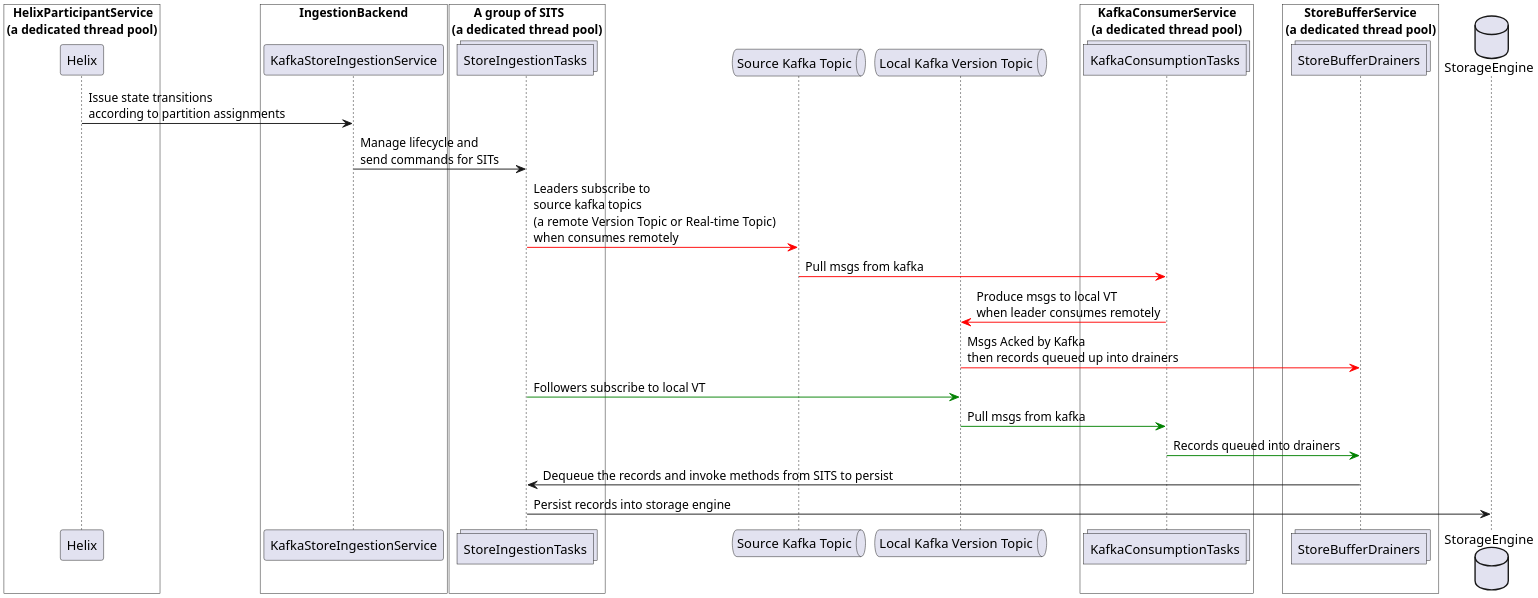
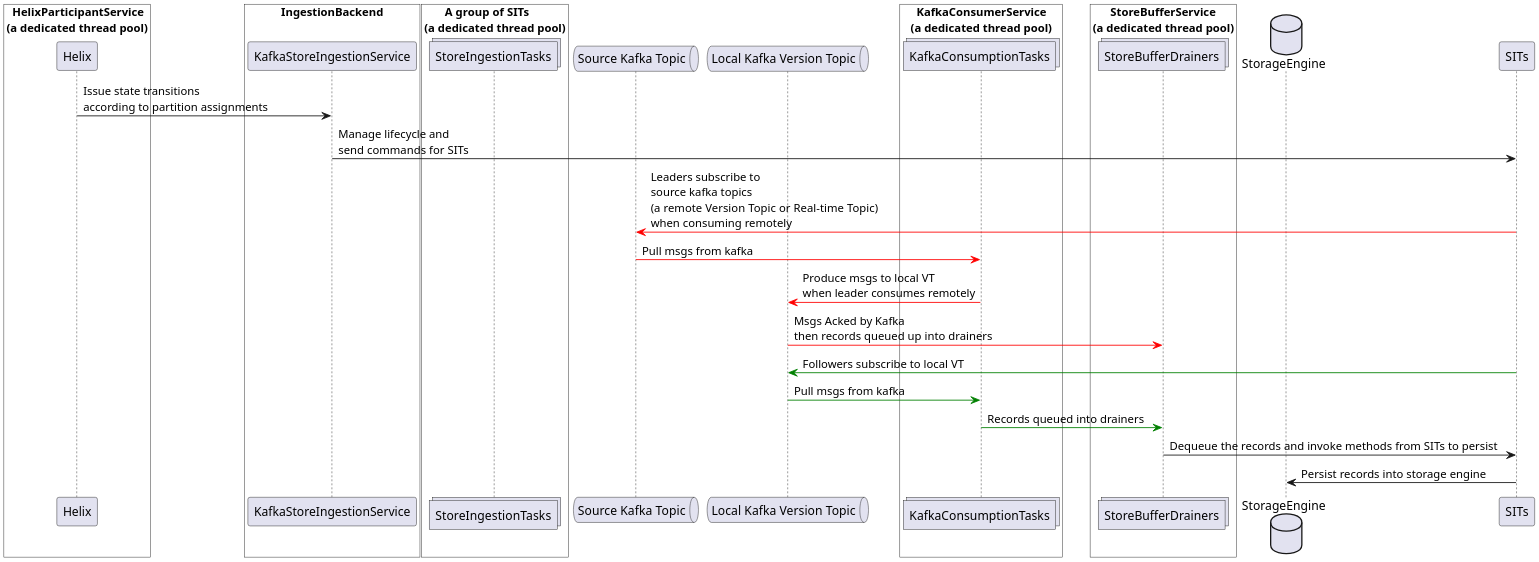
One commit to linkedin/venice changed the diagram in docs/assets/uml/server_ingestion.puml. Above: the diagram before and after it, drawn with PlantUML. The commit also changed 5 other files, not shown here.

```diff
--- a/docs/assets/uml/server_ingestion.puml
+++ b/docs/assets/uml/server_ingestion.puml
@@ -1,46 +1,46 @@
 @startuml
 
 ' ### Description
 ' This diagram describes how the store ingestion task is created and
 ' and how the status signal is consumed by other components
 
 scale 3840*2160
 
 box "  HelixParticipantService\n(a dedicated thread pool)" #White
 participant Helix as helix
 end box
 box "IngestionBackend"#White
 participant KafkaStoreIngestionService as KIS
 end box
-box "       A group of SITS\n(a dedicated thread pool)" #White
+box "       A group of SITs\n(a dedicated thread pool)" #White
 collections StoreIngestionTasks as SITS
 end box
 queue "Source Kafka Topic" as remote
 queue "Local Kafka Version Topic" as VT
 box "  KafkaConsumerService\n(a dedicated thread pool)" #White
 collections  KafkaConsumptionTasks as KCTS
 end box
 box "      StoreBufferService\n(a dedicated thread pool)" #White
 collections  StoreBufferDrainers as SBDS
 end box
 database "StorageEngine" as db
 
 helix -> KIS:Issue state transitions \naccording to partition assignments
-KIS -> SITS:Manage lifecycle and \nsend commands for SITs
+KIS -> SITs:Manage lifecycle and \nsend commands for SITs
 
 
 ' # leader behavior
-SITS -[#red]> remote:Leaders subscribe to \nsource kafka topics \n(a remote Version Topic or Real-time Topic) \nwhen consumes remotely
+SITs -[#red]> remote:Leaders subscribe to \nsource kafka topics \n(a remote Version Topic or Real-time Topic) \nwhen consuming remotely
 remote -[#red]> KCTS:Pull msgs from kafka
 KCTS -[#red]> VT:Produce msgs to local VT \nwhen leader consumes remotely
 VT -[#red]> SBDS:Msgs Acked by Kafka \nthen records queued up into drainers
 
 ' # follower behavior
-SITS -[#green]> VT:Followers subscribe to local VT
+SITs -[#green]> VT:Followers subscribe to local VT
 VT -[#green]> KCTS:Pull msgs from kafka
 KCTS -[#green]> SBDS:Records queued into drainers
 
-SBDS -> SITS:Dequeue the records and invoke methods from SITS to persist
-SITS -> db:Persist records into storage engine
+SBDS -> SITs:Dequeue the records and invoke methods from SITs to persist
+SITs -> db:Persist records into storage engine
 
 @enduml
```
